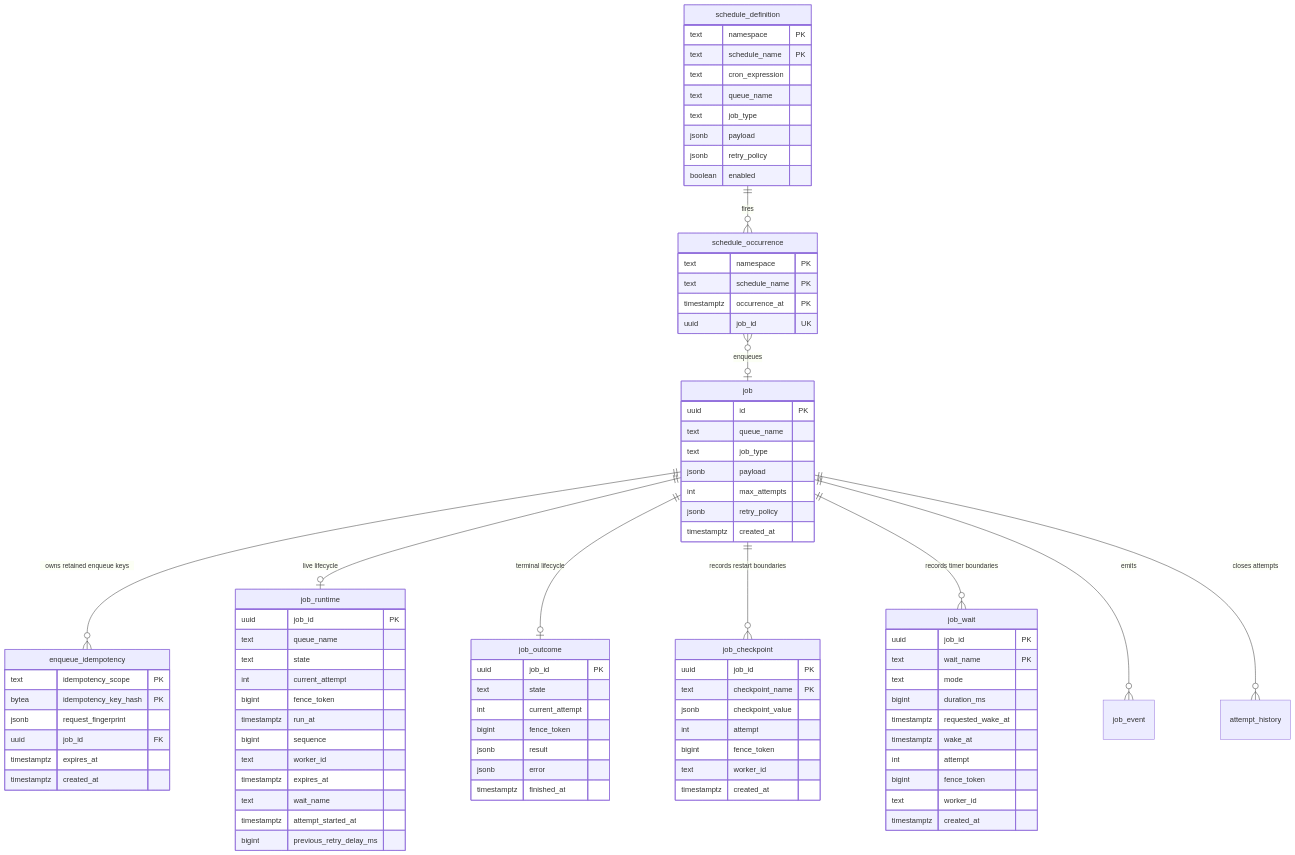
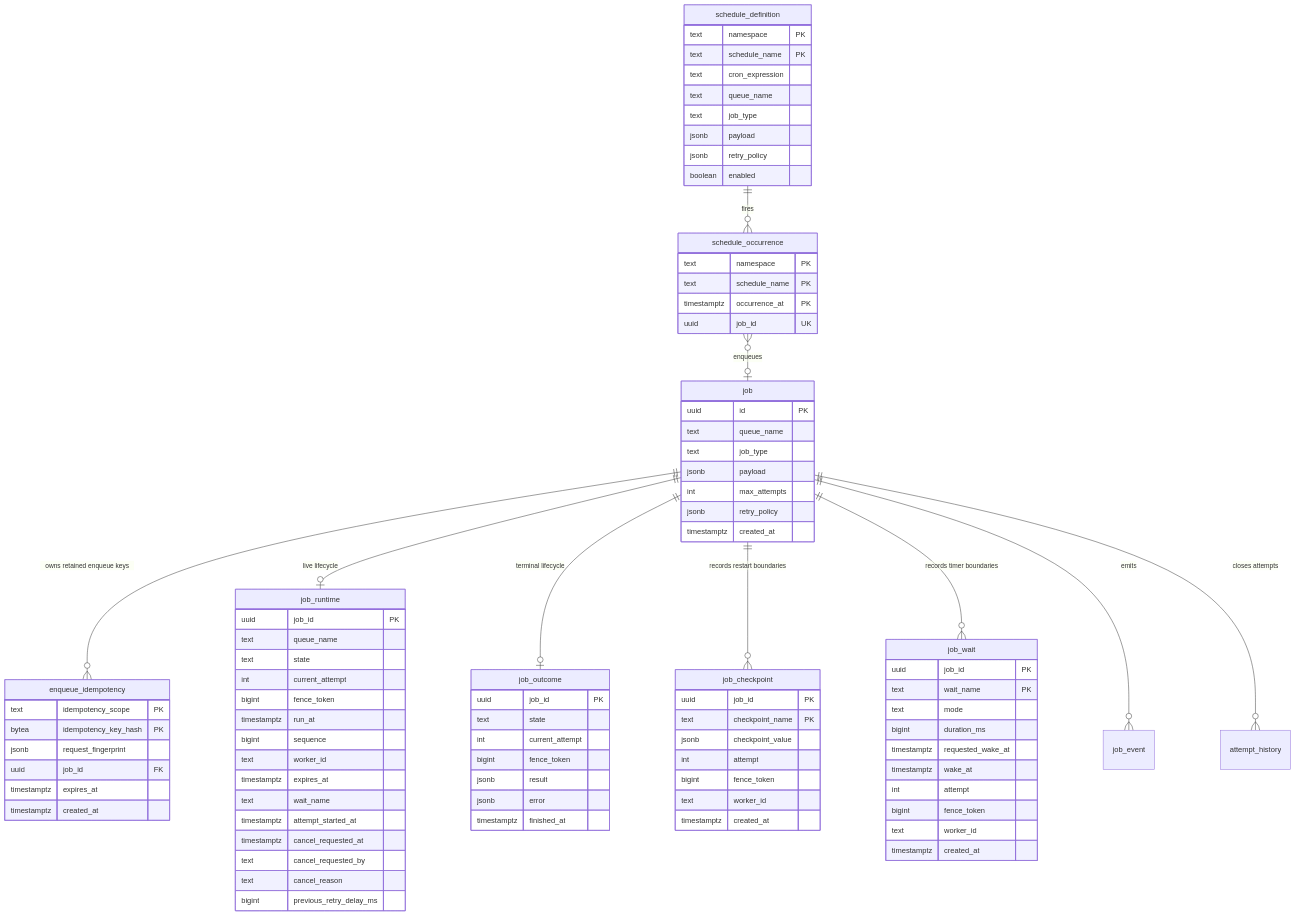
One commit to stablemates/workhorse changed the second of 3 diagrams in docs/architecture.md. Above: the diagram before and after it, drawn with Mermaid. The commit also changed other lines of this file and 24 other files, not shown here.

```diff
--- a/docs/architecture.md
+++ b/docs/architecture.md
@@ -74,6 +75,9 @@
     timestamptz expires_at
     text wait_name
     timestamptz attempt_started_at
+    timestamptz cancel_requested_at
+    text cancel_requested_by
+    text cancel_reason
     bigint previous_retry_delay_ms
   }
   job_outcome {
```
